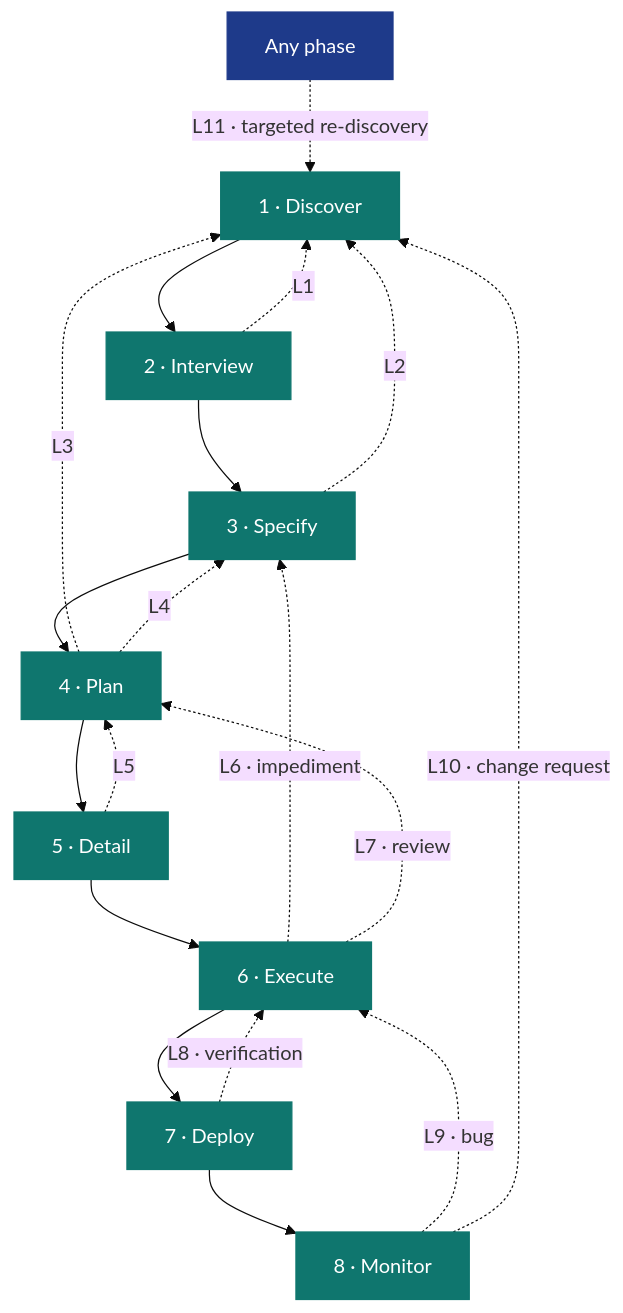
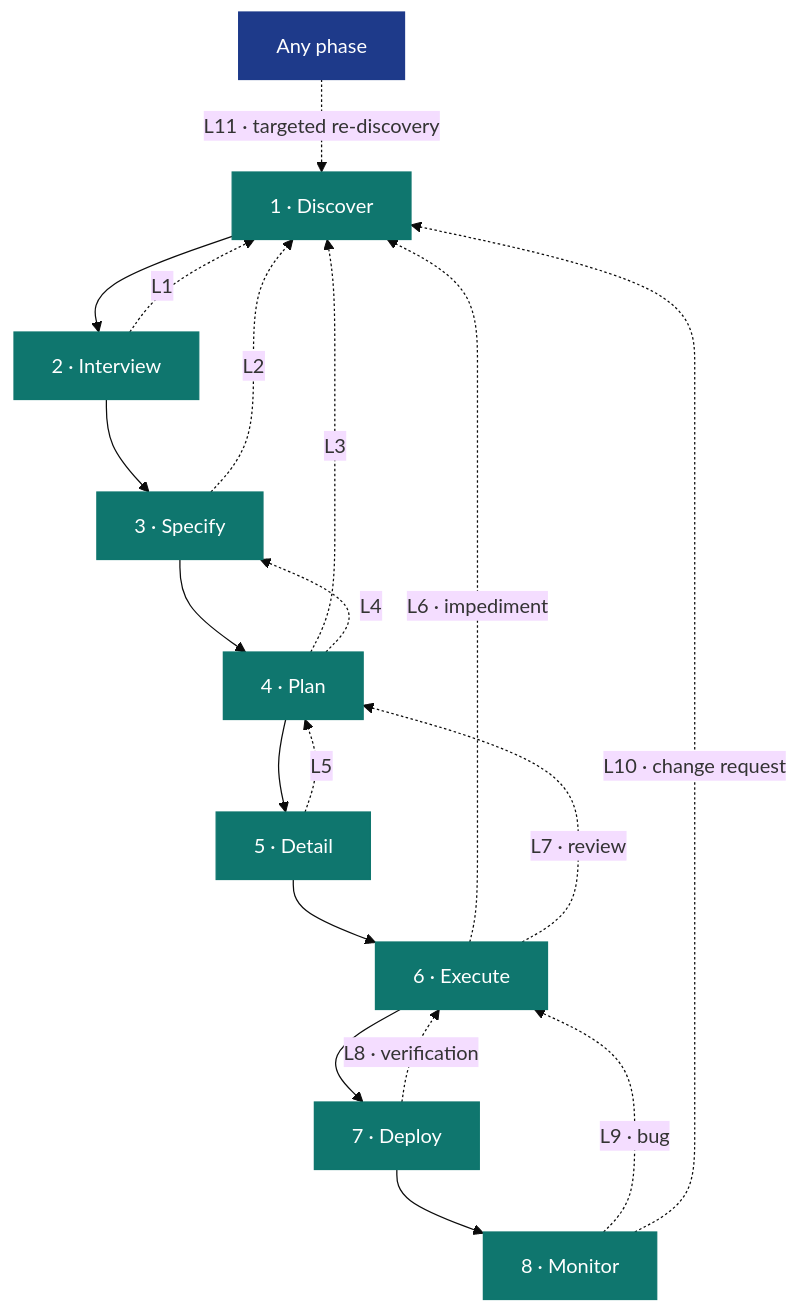
Before and after one commit to AndreVianna/aid-methodology: the first of 2 diagrams in methodology/aid-methodology.md, drawn with Mermaid (base theme). The commit also changed other lines of this file and 34 other files, not shown here.

````diff
--- a/methodology/aid-methodology.md
+++ b/methodology/aid-methodology.md
@@ -515,29 +533,29 @@
 ```mermaid
 flowchart TB
     classDef phase fill:#0F766E,stroke:#0F766E,color:#ffffff
     classDef kb fill:#1E3A8A,stroke:#1E3A8A,color:#ffffff
 
     D["1 · Discover"]:::phase
     I["2 · Interview"]:::phase
     S["3 · Specify"]:::phase
     P["4 · Plan"]:::phase
     Dt["5 · Detail"]:::phase
     E["6 · Execute"]:::phase
     Dp["7 · Deploy"]:::phase
     M["8 · Monitor"]:::phase
 
     D --> I --> S --> P --> Dt --> E --> Dp --> M
 
     I -. "L1" .-> D
     S -. "L2" .-> D
     P -. "L3" .-> D
     P -. "L4" .-> S
     Dt -. "L5" .-> P
-    E -. "L6 · impediment" .-> S
+    E -. "L6 · impediment" .-> D
     E -. "L7 · review" .-> P
     Dp -. "L8 · verification" .-> E
     M -. "L9 · bug" .-> E
     M -. "L10 · change request" .-> D
 
     Any["Any phase"]:::kb -. "L11 · targeted re-discovery" .-> D
 ```
````
